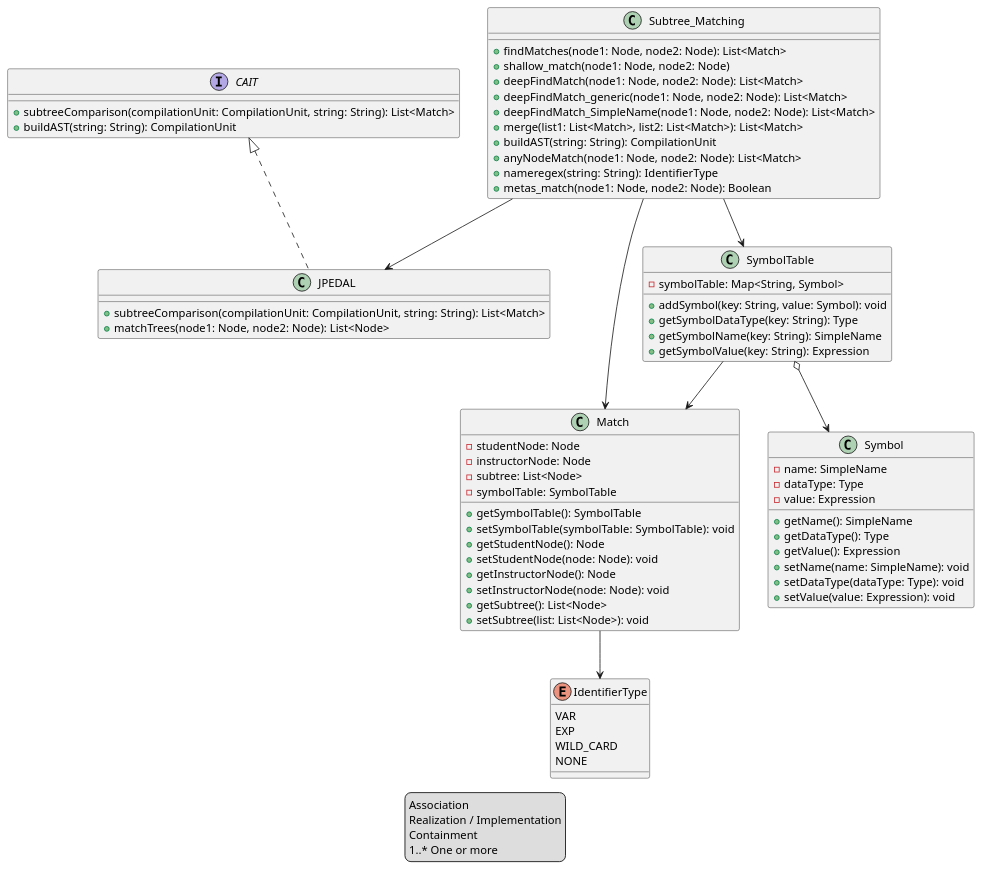
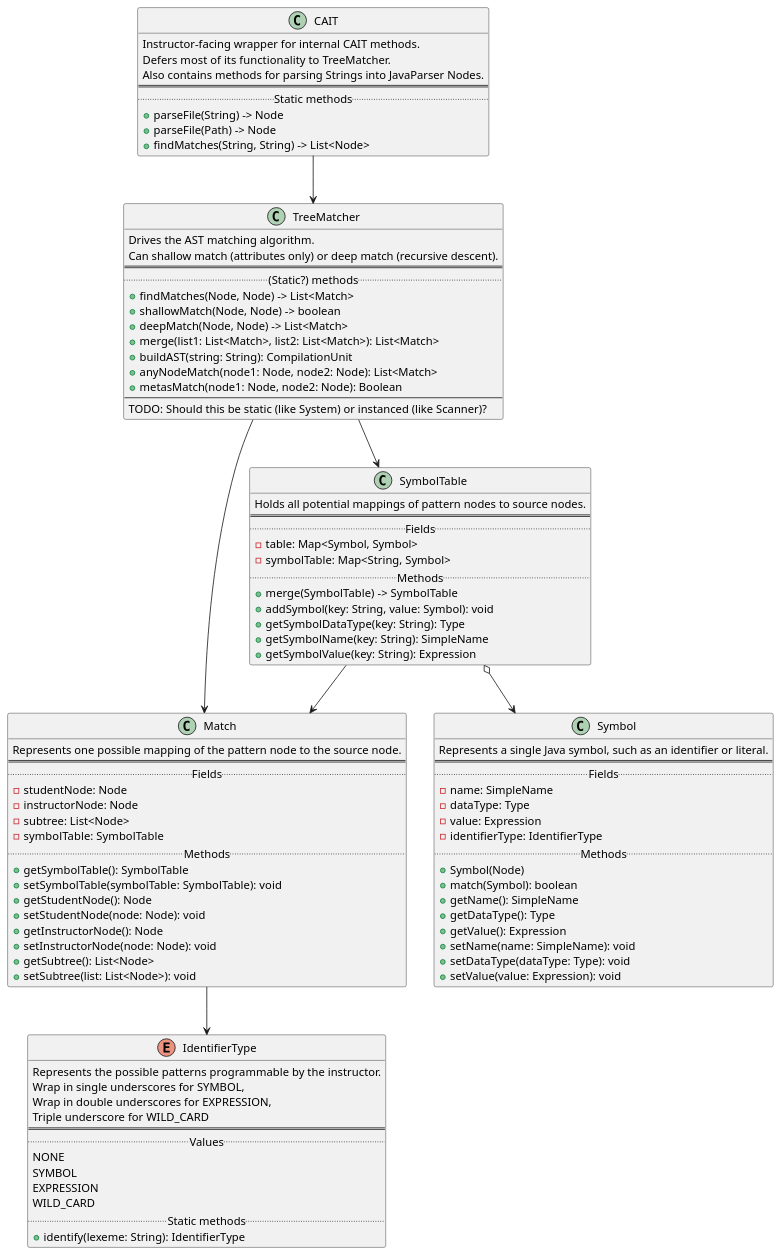
One commit to VCU-CS-Capstone/cs-25-312-java-pedagogical-libraries changed the diagram in Documentation/UML/CAIT_UML.wsd. Above: the diagram before and after it, drawn with PlantUML.

Commit message:
Clean up UML

```diff
--- a/Documentation/UML/CAIT_UML.wsd
+++ b/Documentation/UML/CAIT_UML.wsd
@@ -1,83 +1,104 @@
 @startuml CAIT
 
-legend
-  Association
-  Realization / Implementation
-  Containment
-  1..* One or more
-endlegend
-
-interface CAIT {
-    + subtreeComparison(compilationUnit: CompilationUnit, string: String): List<Match>
-    + buildAST(string: String): CompilationUnit
+class CAIT {
+    Instructor-facing wrapper for internal CAIT methods.
+    Defers most of its functionality to TreeMatcher.
+    Also contains methods for parsing Strings into JavaParser Nodes.
+    ==
+    .. Static methods ..
+    + parseFile(String) -> Node
+    + parseFile(Path) -> Node
+    + findMatches(String, String) -> List<Node>
 }
 
-class JPEDAL {
-    + subtreeComparison(compilationUnit: CompilationUnit, string: String): List<Match>
-    + matchTrees(node1: Node, node2: Node): List<Node>
-}
-
-class Subtree_Matching {
-    + findMatches(node1: Node, node2: Node): List<Match>
-    + shallow_match(node1: Node, node2: Node)
-    + deepFindMatch(node1: Node, node2: Node): List<Match>
-    + deepFindMatch_generic(node1: Node, node2: Node): List<Match>
-    + deepFindMatch_SimpleName(node1: Node, node2: Node): List<Match>
+class TreeMatcher {
+    Drives the AST matching algorithm.
+    Can shallow match (attributes only) or deep match (recursive descent).
+    ==
+    .. (Static?) methods ..
+    + findMatches(Node, Node) -> List<Match>
+    + shallowMatch(Node, Node) -> boolean
+    + deepMatch(Node, Node) -> List<Match>
     + merge(list1: List<Match>, list2: List<Match>): List<Match>
     + buildAST(string: String): CompilationUnit
     + anyNodeMatch(node1: Node, node2: Node): List<Match>
-    + nameregex(string: String): IdentifierType
-    + metas_match(node1: Node, node2: Node): Boolean
+    + metasMatch(node1: Node, node2: Node): Boolean
+    --
+    TODO: Should this be static (like System) or instanced (like Scanner)?
 }
 
 class Match {
+    Represents one possible mapping of the pattern node to the source node.
+    ==
+    .. Fields ..
     - studentNode: Node
     - instructorNode: Node
     - subtree: List<Node>
     - symbolTable: SymbolTable
+    .. Methods ..
     + getSymbolTable(): SymbolTable
     + setSymbolTable(symbolTable: SymbolTable): void
     + getStudentNode(): Node
     + setStudentNode(node: Node): void
     + getInstructorNode(): Node
     + setInstructorNode(node: Node): void
     + getSubtree(): List<Node>
     + setSubtree(list: List<Node>): void
 }
 
 class SymbolTable {
+    Holds all potential mappings of pattern nodes to source nodes.
+    ==
+    .. Fields ..
+    - table: Map<Symbol, Symbol>
     - symbolTable: Map<String, Symbol>
+    .. Methods ..
+    + merge(SymbolTable) -> SymbolTable
     + addSymbol(key: String, value: Symbol): void
     + getSymbolDataType(key: String): Type
     + getSymbolName(key: String): SimpleName
     + getSymbolValue(key: String): Expression
 }
 
 class Symbol {
+    Represents a single Java symbol, such as an identifier or literal.
+    ==
+    .. Fields ..
     - name: SimpleName
     - dataType: Type
     - value: Expression
+    - identifierType: IdentifierType
+    .. Methods ..
+    + Symbol(Node)
+    + match(Symbol): boolean
     + getName(): SimpleName
     + getDataType(): Type
     + getValue(): Expression
     + setName(name: SimpleName): void
     + setDataType(dataType: Type): void
     + setValue(value: Expression): void
 }
 
 enum IdentifierType {
-    VAR
-    EXP
+    Represents the possible patterns programmable by the instructor.
+    Wrap in single underscores for SYMBOL,
+    Wrap in double underscores for EXPRESSION,
+    Triple underscore for WILD_CARD
+    ==
+    .. Values ..
+    NONE
+    SYMBOL
+    EXPRESSION
     WILD_CARD
-    NONE
+    .. Static methods ..
+    + identify(lexeme: String): IdentifierType
 }
 
-CAIT <|.. JPEDAL
-Subtree_Matching --> JPEDAL
-Subtree_Matching --> Match
-Subtree_Matching --> SymbolTable
+CAIT --> TreeMatcher
+TreeMatcher --> Match
+TreeMatcher --> SymbolTable
 SymbolTable --> Match
 SymbolTable o--> Symbol
 Match --> IdentifierType
 
 @enduml
```
